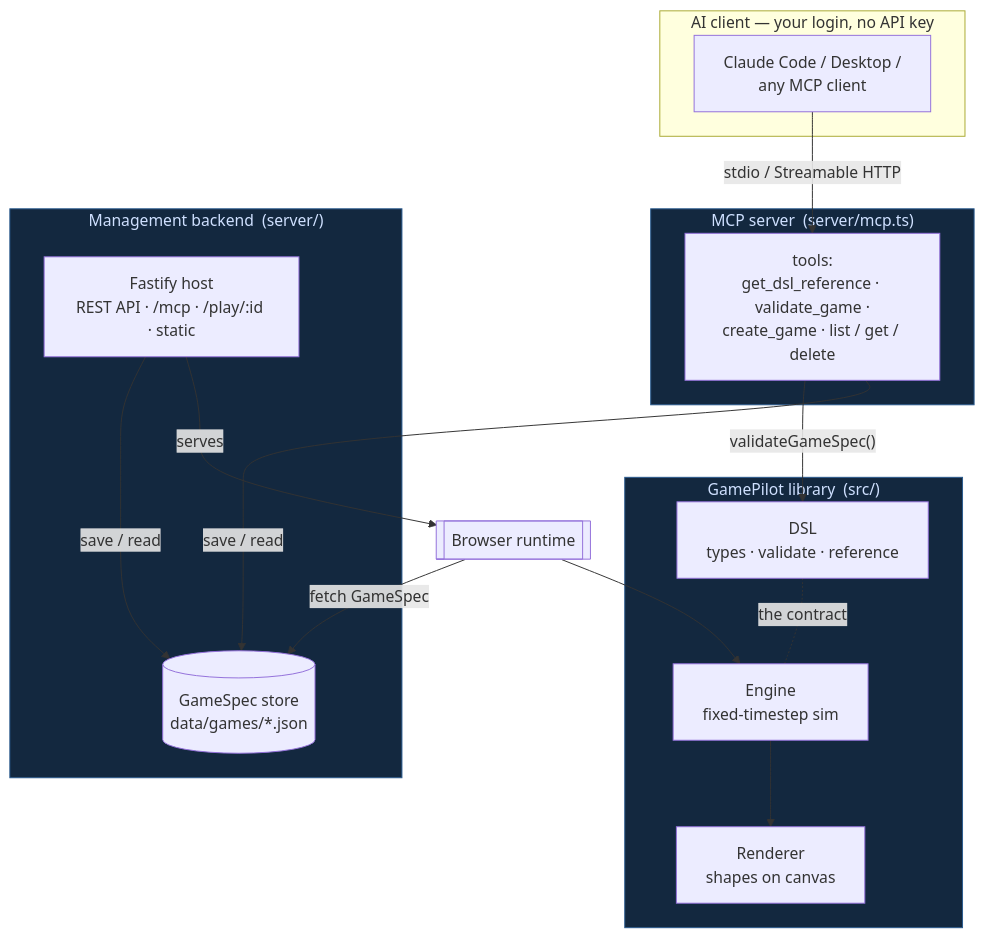
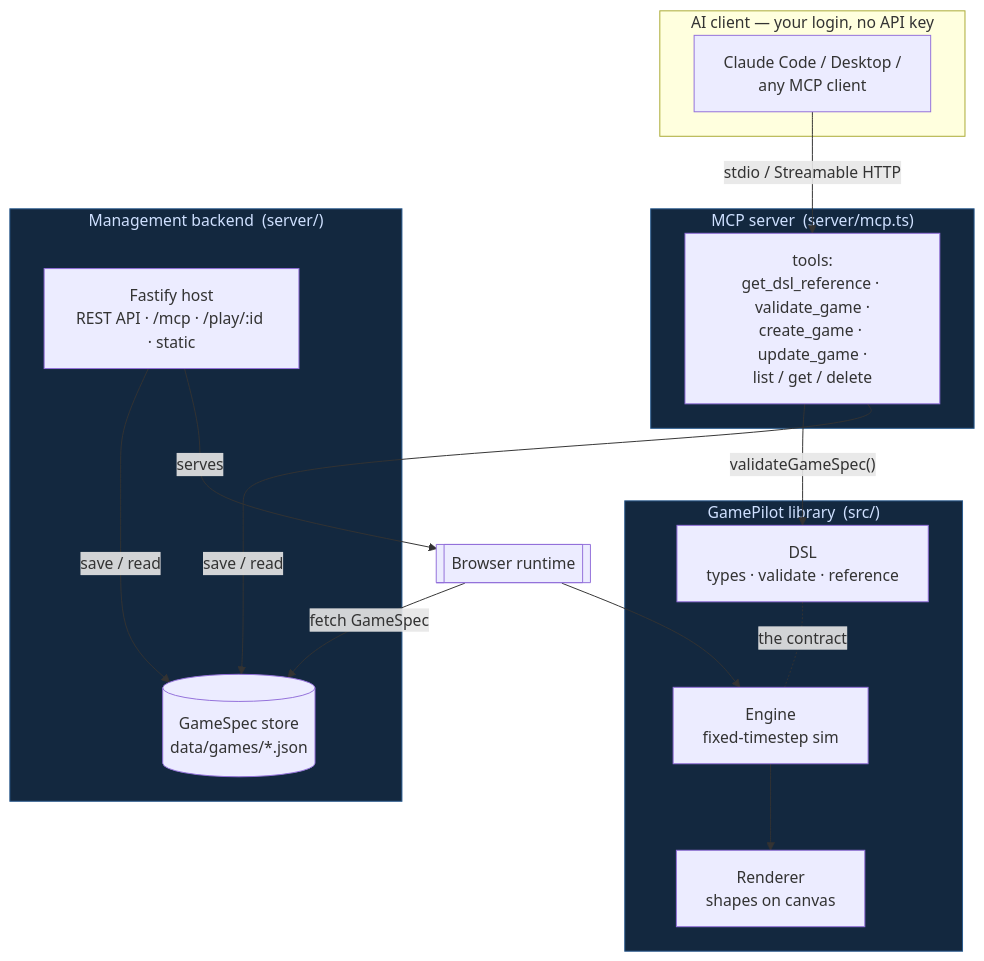
Before and after one commit to ybj91/GamePilot: the first of 5 diagrams in README.md, drawn with Mermaid. The commit also changed other lines of this file and 7 other files, not shown here.

````diff
--- a/README.md
+++ b/README.md
@@ -50,35 +51,35 @@
 ```mermaid
 flowchart TB
     subgraph clients["AI client — your login, no API key"]
         A["Claude Code / Desktop /<br/>any MCP client"]
     end
 
     subgraph mcp["MCP server &nbsp;(server/mcp.ts)"]
-        T["tools:<br/>get_dsl_reference · validate_game ·<br/>create_game · list / get / delete"]
+        T["tools:<br/>get_dsl_reference · validate_game ·<br/>create_game · update_game ·<br/>list / get / delete"]
     end
 
     subgraph backend["Management backend &nbsp;(server/)"]
         H["Fastify host<br/>REST API · /mcp · /play/:id · static"]
         S[("GameSpec store<br/>data/games/*.json")]
     end
 
     subgraph lib["GamePilot library &nbsp;(src/)"]
         D["DSL<br/>types · validate · reference"]
         E["Engine<br/>fixed-timestep sim"]
         R["Renderer<br/>shapes on canvas"]
     end
 
     Browser[["Browser runtime"]]
 
     A -- "stdio / Streamable HTTP" --> T
     T -- "validateGameSpec()" --> D
     T -- "save / read" --> S
     H -- "save / read" --> S
     H -- "serves" --> Browser
     Browser -- "fetch GameSpec" --> S
     Browser --> E --> R
     D -. "the contract" .- E
 
     classDef done fill:#13283f,stroke:#2a5b8f,color:#cfe0ff;
     class mcp,backend,lib done;
 ```
````
